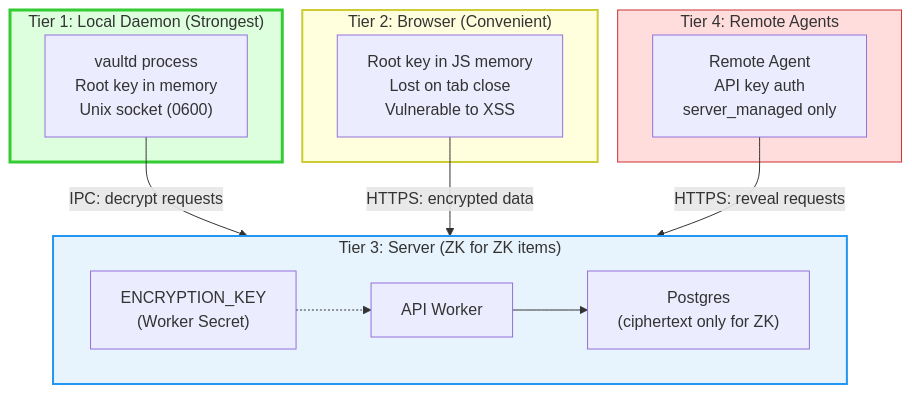
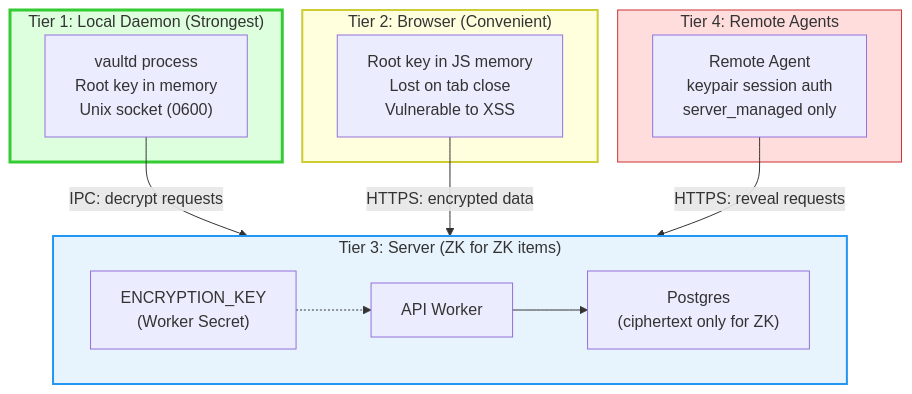
One commit to punitarani/abadge changed the first of 2 diagrams in docs/THREAT_MODEL.md. Above: the diagram before and after it, drawn with Mermaid. The commit also changed other lines of this file and 100 other files, not shown here.

First line of the commit message:
Personal API keys (abu_) + remove legacy agent API keys (#181)

````diff
--- a/docs/THREAT_MODEL.md
+++ b/docs/THREAT_MODEL.md
@@ -5,31 +5,31 @@
 ```mermaid
 flowchart TB
   subgraph T1["Tier 1: Local Daemon (Strongest)"]
     Daemon["vaultd process<br/>Root key in memory<br/>Unix socket (0600)"]
   end
 
   subgraph T2["Tier 2: Browser (Convenient)"]
     Browser["Root key in JS memory<br/>Lost on tab close<br/>Vulnerable to XSS"]
   end
 
   subgraph T3["Tier 3: Server (ZK for ZK items)"]
     API["API Worker"]
     DB["Postgres<br/>(ciphertext only for ZK)"]
     EK["ENCRYPTION_KEY<br/>(Worker Secret)"]
   end
 
   subgraph T4["Tier 4: Remote Agents"]
-    Agent["Remote Agent<br/>API key auth<br/>server_managed only"]
+    Agent["Remote Agent<br/>keypair session auth<br/>server_managed only"]
   end
 
   Daemon -->|IPC: decrypt requests| T3
   Browser -->|HTTPS: encrypted data| T3
   Agent -->|HTTPS: reveal requests| T3
   API --> DB
   EK -.-> API
 
   style T1 fill:#dfd,stroke:#3c3,stroke-width:3px
   style T2 fill:#ffd,stroke:#cc3,stroke-width:2px
   style T3 fill:#e8f4fd,stroke:#2196F3,stroke-width:2px
   style T4 fill:#fdd,stroke:#c33,stroke-width:1px
 ```
````
